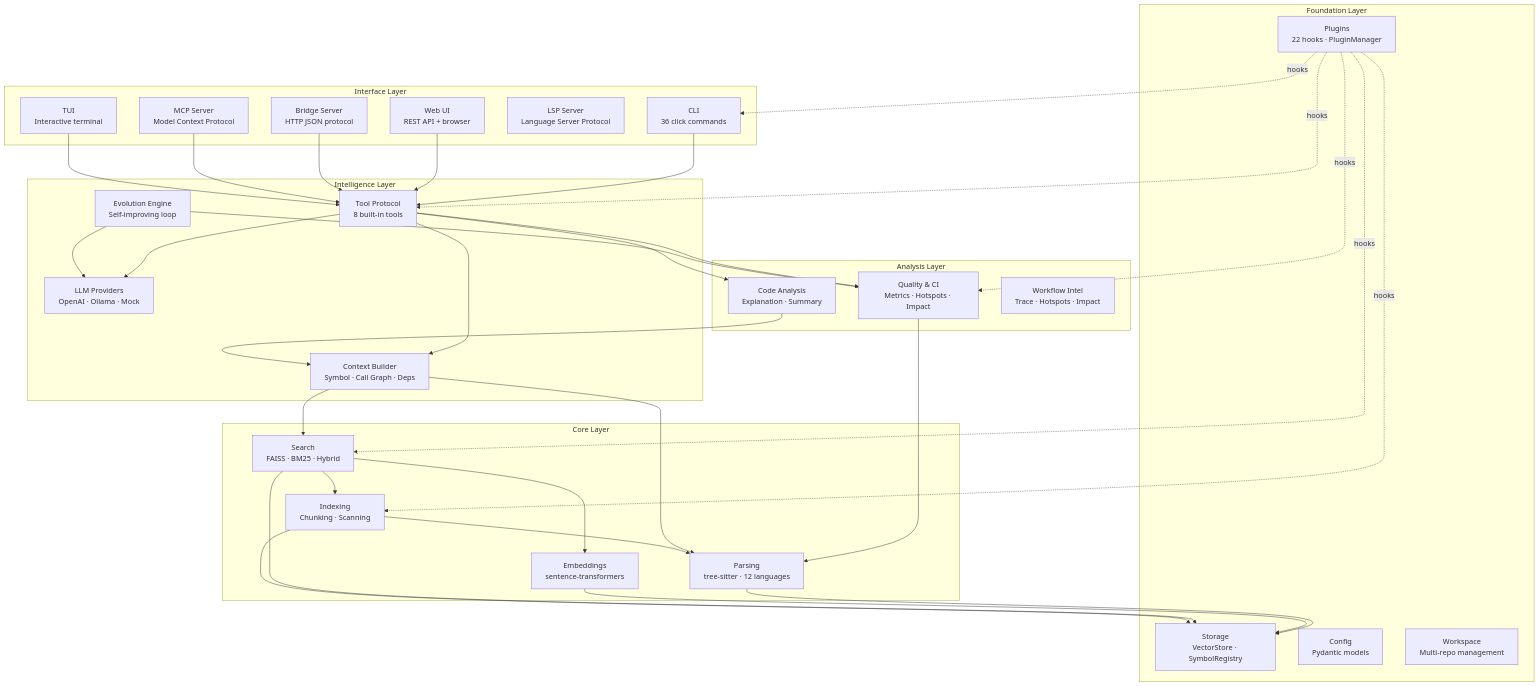
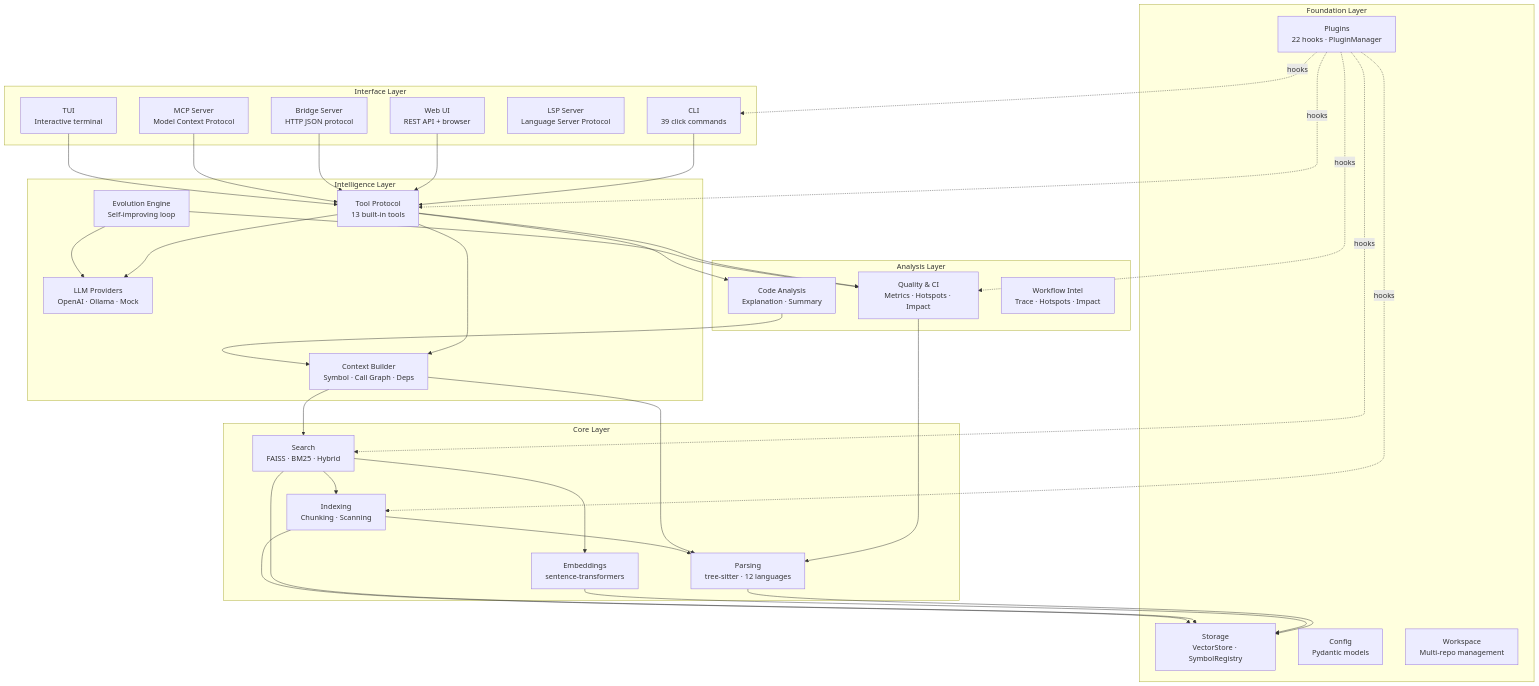
The first of 3 diagrams in docs/reference/architecture.md (M9nx/CodexA), drawn with Mermaid before and after one commit. The commit also changed other lines of this file and 17 other files, not shown here.

````diff
--- a/docs/reference/architecture.md
+++ b/docs/reference/architecture.md
@@ -7,72 +7,72 @@
 ```mermaid
 graph TB
     subgraph "Interface Layer"
-        CLI["CLI<br/>36 click commands"]
+        CLI["CLI<br/>39 click commands"]
         WEB["Web UI<br/>REST API + browser"]
         BRIDGE["Bridge Server<br/>HTTP JSON protocol"]
         MCP["MCP Server<br/>Model Context Protocol"]
         LSP["LSP Server<br/>Language Server Protocol"]
         TUI["TUI<br/>Interactive terminal"]
     end
 
     subgraph "Intelligence Layer"
-        TOOLS["Tool Protocol<br/>8 built-in tools"]
+        TOOLS["Tool Protocol<br/>13 built-in tools"]
         LLM["LLM Providers<br/>OpenAI · Ollama · Mock"]
         CONTEXT["Context Builder<br/>Symbol · Call Graph · Deps"]
         EVOLUTION["Evolution Engine<br/>Self-improving loop"]
     end
 
     subgraph "Analysis Layer"
         CI["Quality & CI<br/>Metrics · Hotspots · Impact"]
         ANALYSIS["Code Analysis<br/>Explanation · Summary"]
         WORKFLOW["Workflow Intel<br/>Trace · Hotspots · Impact"]
     end
 
     subgraph "Core Layer"
         PARSING["Parsing<br/>tree-sitter · 12 languages"]
         INDEXING["Indexing<br/>Chunking · Scanning"]
         EMBEDDINGS["Embeddings<br/>sentence-transformers"]
         SEARCH["Search<br/>FAISS · BM25 · Hybrid"]
     end
 
     subgraph "Foundation Layer"
         STORAGE["Storage<br/>VectorStore · SymbolRegistry"]
         CONFIG["Config<br/>Pydantic models"]
         PLUGINS["Plugins<br/>22 hooks · PluginManager"]
         WORKSPACE["Workspace<br/>Multi-repo management"]
     end
 
     CLI --> TOOLS
     WEB --> TOOLS
     BRIDGE --> TOOLS
     MCP --> TOOLS
     TUI --> TOOLS
 
     TOOLS --> CONTEXT
     TOOLS --> LLM
     TOOLS --> CI
     TOOLS --> ANALYSIS
 
     EVOLUTION --> CI
     EVOLUTION --> LLM
 
     CI --> PARSING
     ANALYSIS --> CONTEXT
     CONTEXT --> SEARCH
     CONTEXT --> PARSING
 
     SEARCH --> EMBEDDINGS
     SEARCH --> INDEXING
     INDEXING --> PARSING
 
     PARSING --> STORAGE
     EMBEDDINGS --> STORAGE
     SEARCH --> STORAGE
     INDEXING --> STORAGE
 
     PLUGINS -.->|hooks| CLI
     PLUGINS -.->|hooks| SEARCH
     PLUGINS -.->|hooks| INDEXING
     PLUGINS -.->|hooks| CI
     PLUGINS -.->|hooks| TOOLS
 ```
````
